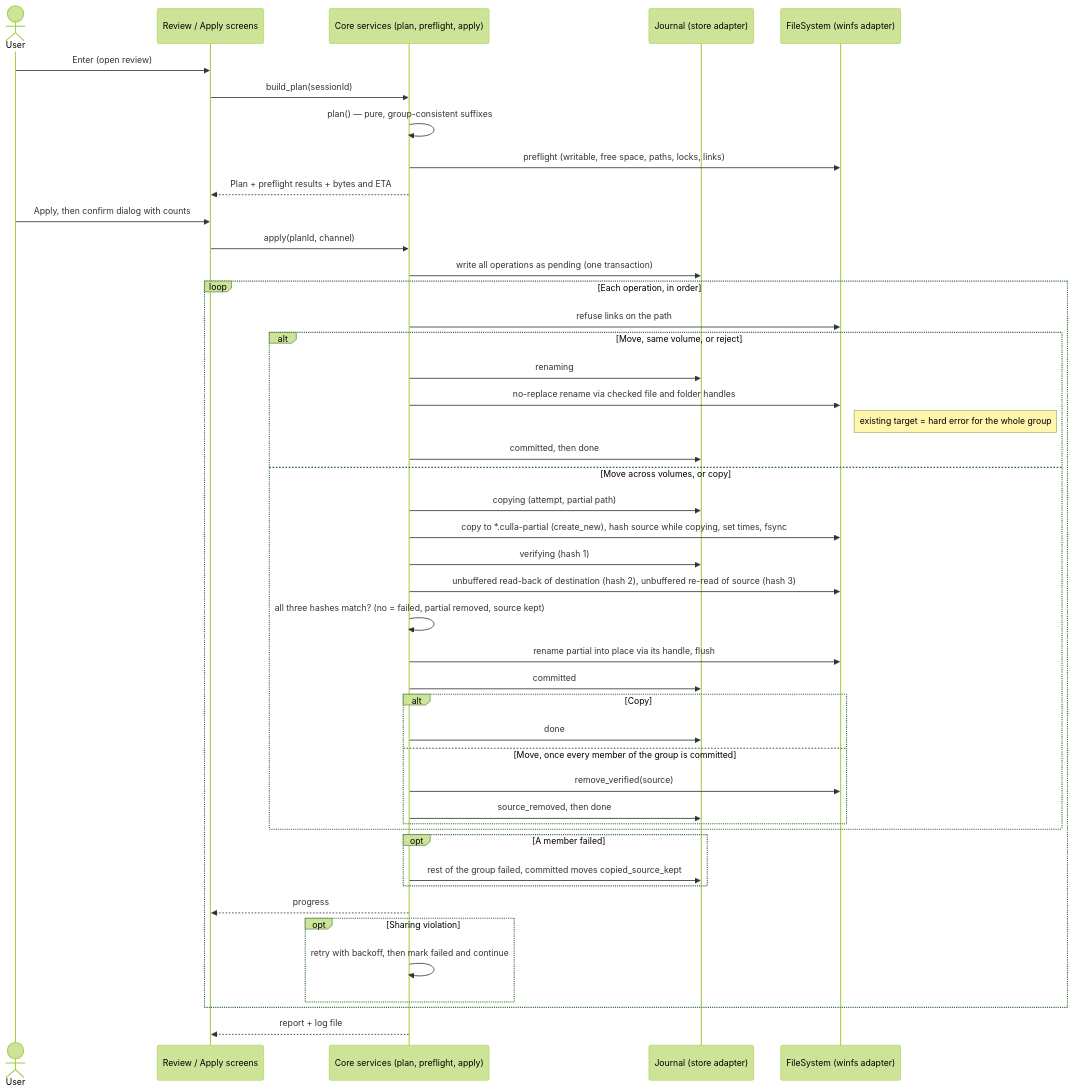
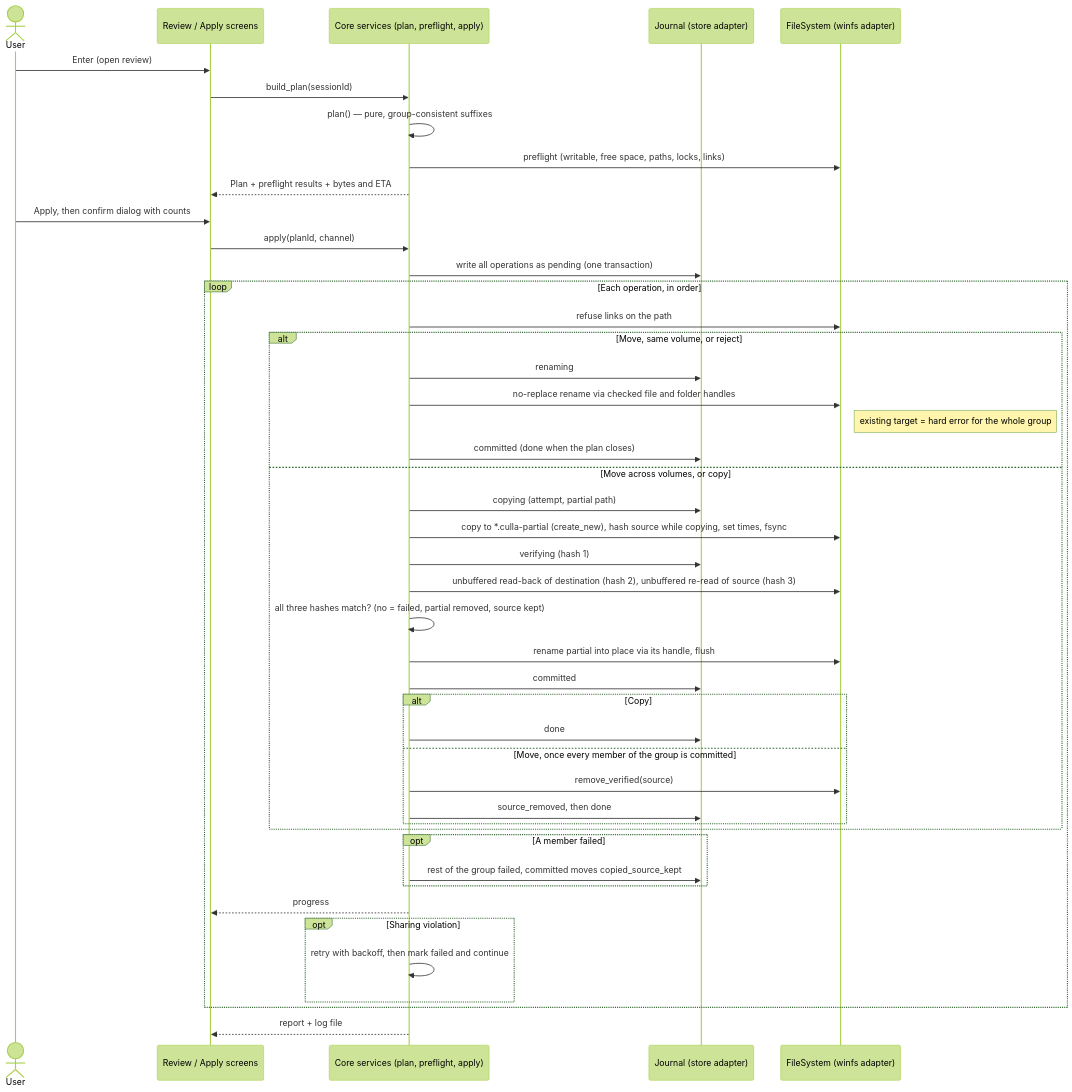
The seventh of 9 diagrams in docs/architecture.md (margaux-faurie/culla), drawn with Mermaid (forest theme) before and after one commit. The commit also changed other lines of this file and 20 other files, not shown here.

````diff
--- a/docs/architecture.md
+++ b/docs/architecture.md
@@ -333,48 +333,48 @@
 ```mermaid
 sequenceDiagram
   actor U as User
   participant UI as Review / Apply screens
   participant C as Core services (plan, preflight, apply)
   participant DB as Journal (store adapter)
   participant FS as FileSystem (winfs adapter)
 
   U->>UI: Enter (open review)
   UI->>C: build_plan(sessionId)
   C->>C: plan() — pure, group-consistent suffixes
   C->>FS: preflight (writable, free space, paths, locks, links)
   C-->>UI: Plan + preflight results + bytes and ETA
   U->>UI: Apply, then confirm dialog with counts
   UI->>C: apply(planId, channel)
   C->>DB: write all operations as pending (one transaction)
   loop Each operation, in order
     C->>FS: refuse links on the path
     alt Move, same volume, or reject
       C->>DB: renaming
       C->>FS: no-replace rename via checked file and folder handles
       Note right of FS: existing target = hard error for the whole group
-      C->>DB: committed, then done
+      C->>DB: committed (done when the plan closes)
     else Move across volumes, or copy
       C->>DB: copying (attempt, partial path)
       C->>FS: copy to *.culla-partial (create_new), hash source while copying, set times, fsync
       C->>DB: verifying (hash 1)
       C->>FS: unbuffered read-back of destination (hash 2), unbuffered re-read of source (hash 3)
       C->>C: all three hashes match? (no = failed, partial removed, source kept)
       C->>FS: rename partial into place via its handle, flush
       C->>DB: committed
       alt Copy
         C->>DB: done
       else Move, once every member of the group is committed
         C->>FS: remove_verified(source)
         C->>DB: source_removed, then done
       end
     end
     opt A member failed
       C->>DB: rest of the group failed, committed moves copied_source_kept
     end
     C-->>UI: progress
     opt Sharing violation
       C->>C: retry with backoff, then mark failed and continue
     end
   end
   C-->>UI: report + log file
 ```
````
